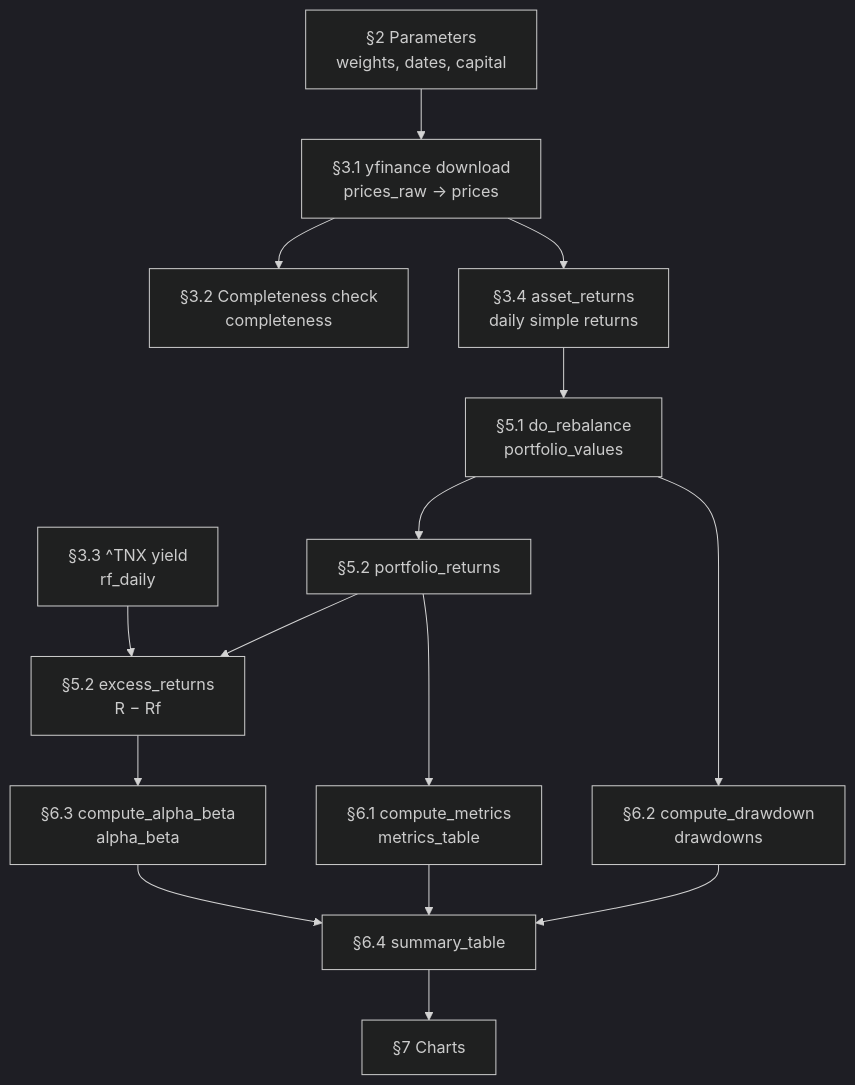
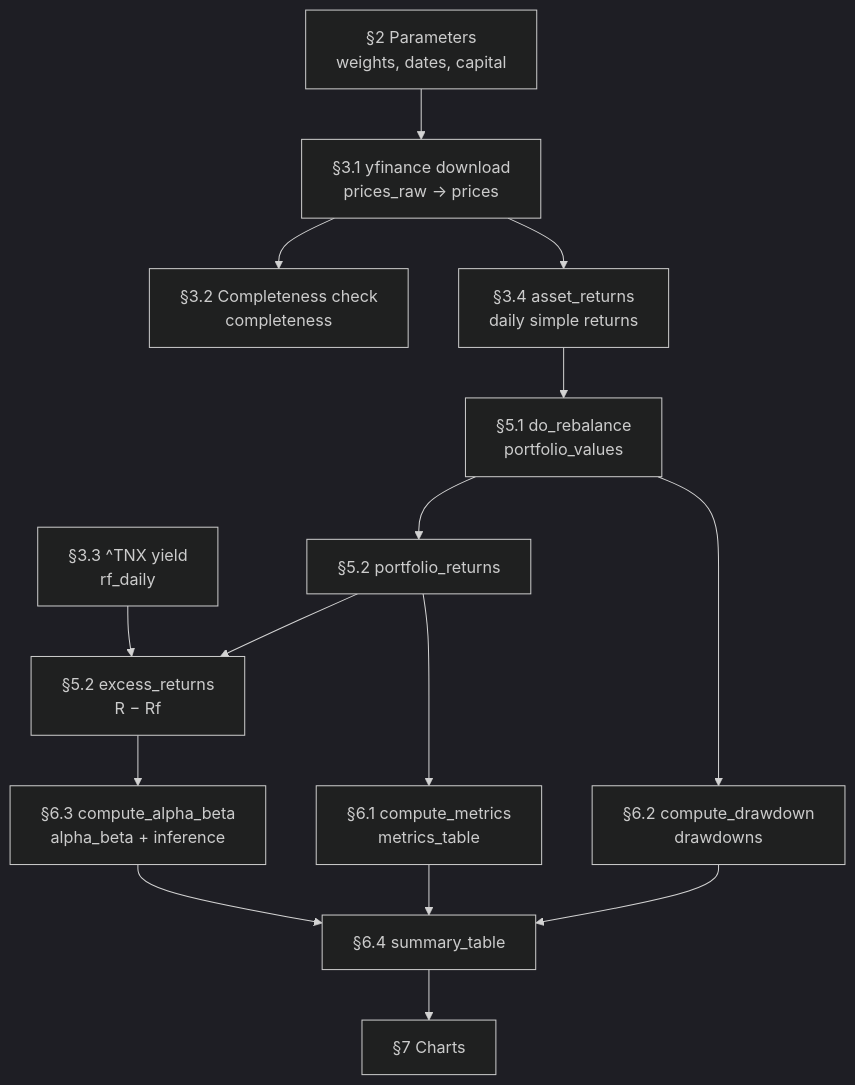
Before and after one commit to cyee02/MQF: the diagram in QF600/Assignment 1 - Compute Alpha/README.md, drawn with Mermaid (dark theme). The commit also changed other lines of this file and 1 other file, not shown here.

First line of the commit message:
Add significance testing of alpha (#3)

````diff
--- a/QF600/Assignment 1 - Compute Alpha/README.md
+++ b/QF600/Assignment 1 - Compute Alpha/README.md
@@ -25,17 +25,17 @@
 ```mermaid
 flowchart TD
     P[§2 Parameters<br/>weights, dates, capital] --> D[§3.1 yfinance download<br/>prices_raw → prices]
     D --> V[§3.2 Completeness check<br/>completeness]
     D --> R[§3.4 asset_returns<br/>daily simple returns]
     T[§3.3 ^TNX yield<br/>rf_daily] --> E
     R --> B[§5.1 do_rebalance<br/>portfolio_values]
     B --> Q[§5.2 portfolio_returns]
     Q --> E[§5.2 excess_returns<br/>R − Rf]
     B --> DD[§6.2 compute_drawdown<br/>drawdowns]
     Q --> M[§6.1 compute_metrics<br/>metrics_table]
-    E --> A[§6.3 compute_alpha_beta<br/>alpha_beta]
+    E --> A[§6.3 compute_alpha_beta<br/>alpha_beta + inference]
     M --> S[§6.4 summary_table]
     DD --> S
     A --> S
     S --> C[§7 Charts]
 ```
````
